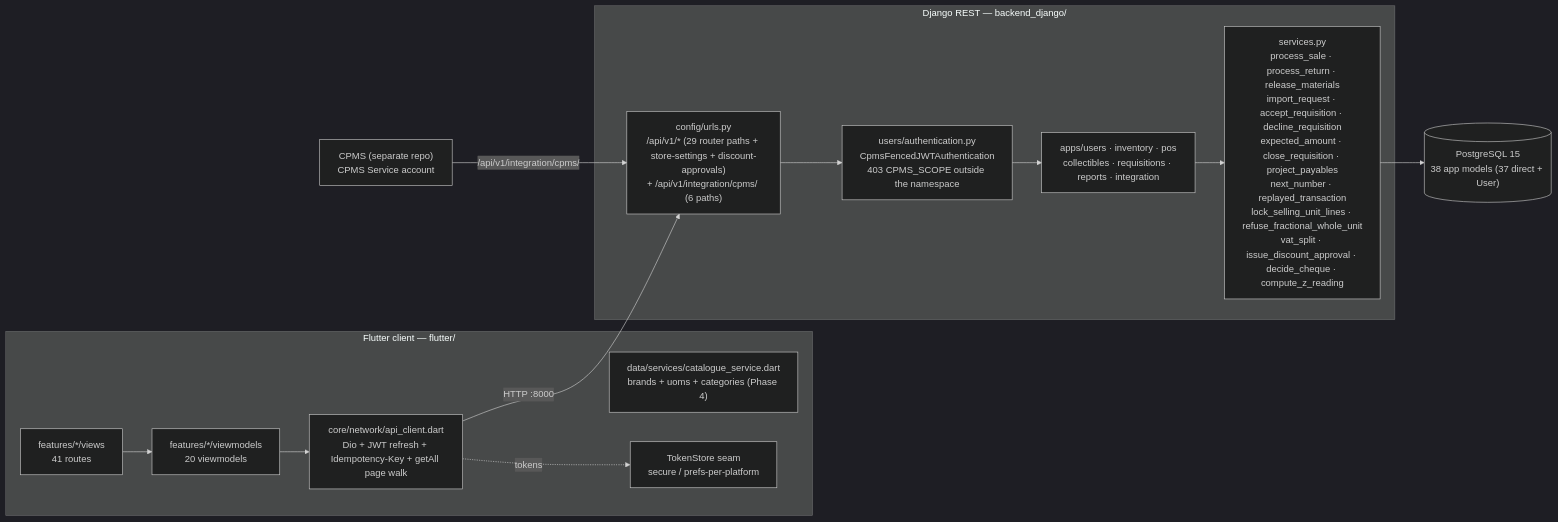
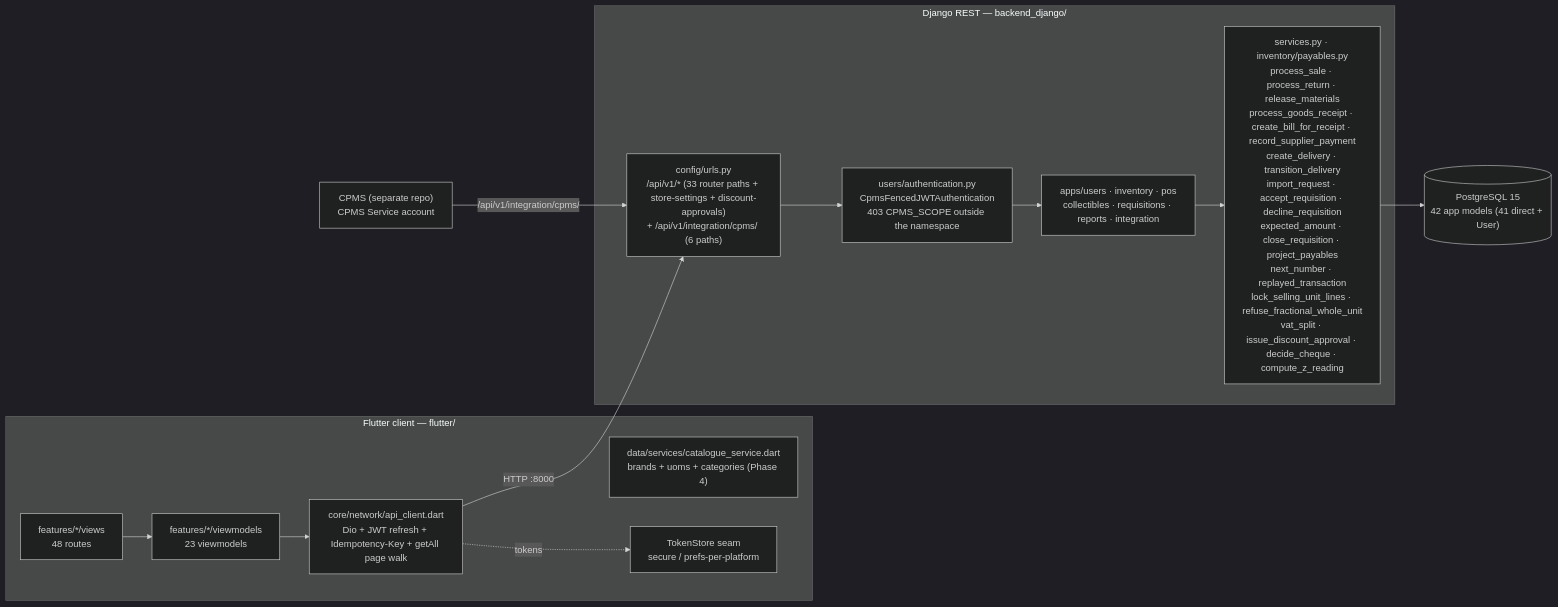
Before and after one commit to ziminni/qb_hardwarestore: the first of 2 diagrams in docs/SYSTEM_ATLAS.md, drawn with Mermaid (dark theme). The commit also changed other lines of this file and 144 other files, not shown here.

````diff
--- a/docs/SYSTEM_ATLAS.md
+++ b/docs/SYSTEM_ATLAS.md
@@ -13,24 +13,24 @@
 ```mermaid
 flowchart LR
   subgraph Client["Flutter client — flutter/"]
-    UI["features/*/views<br/>41 routes"]
-    VM["features/*/viewmodels<br/>20 viewmodels"]
+    UI["features/*/views<br/>48 routes"]
+    VM["features/*/viewmodels<br/>23 viewmodels"]
     NET["core/network/api_client.dart<br/>Dio + JWT refresh + Idempotency-Key + getAll page walk"]
     CAT["data/services/catalogue_service.dart<br/>brands + uoms + categories (Phase 4)"]
     SEC["TokenStore seam<br/>secure / prefs-per-platform"]
     UI --> VM --> NET
     NET -. tokens .-> SEC
   end
   subgraph Server["Django REST — backend_django/"]
-    URLS["config/urls.py<br/>/api/v1/* (29 router paths + store-settings + discount-approvals)<br/>+ /api/v1/integration/cpms/ (6 paths)"]
+    URLS["config/urls.py<br/>/api/v1/* (33 router paths + store-settings + discount-approvals)<br/>+ /api/v1/integration/cpms/ (6 paths)"]
     AUTH["users/authentication.py<br/>CpmsFencedJWTAuthentication<br/>403 CPMS_SCOPE outside the namespace"]
     APPS["apps/users · inventory · pos<br/>collectibles · requisitions · reports · integration"]
-    SVC["services.py<br/>process_sale · process_return · release_materials<br/>import_request · accept_requisition · decline_requisition<br/>expected_amount · close_requisition · project_payables<br/>next_number · replayed_transaction<br/>lock_selling_unit_lines · refuse_fractional_whole_unit<br/>vat_split · issue_discount_approval · decide_cheque · compute_z_reading"]
+    SVC["services.py · inventory/payables.py<br/>process_sale · process_return · release_materials<br/>process_goods_receipt · create_bill_for_receipt · record_supplier_payment<br/>create_delivery · transition_delivery<br/>import_request · accept_requisition · decline_requisition<br/>expected_amount · close_requisition · project_payables<br/>next_number · replayed_transaction<br/>lock_selling_unit_lines · refuse_fractional_whole_unit<br/>vat_split · issue_discount_approval · decide_cheque · compute_z_reading"]
     URLS --> AUTH --> APPS --> SVC
   end
   CPMS["CPMS (separate repo)<br/>CPMS Service account"]
-  DB[("PostgreSQL 15<br/>38 app models (37 direct + User)")]
+  DB[("PostgreSQL 15<br/>42 app models (41 direct + User)")]
   NET -- "HTTP :8000" --> URLS
   CPMS -- "/api/v1/integration/cpms/" --> URLS
   SVC --> DB
 ```
````
